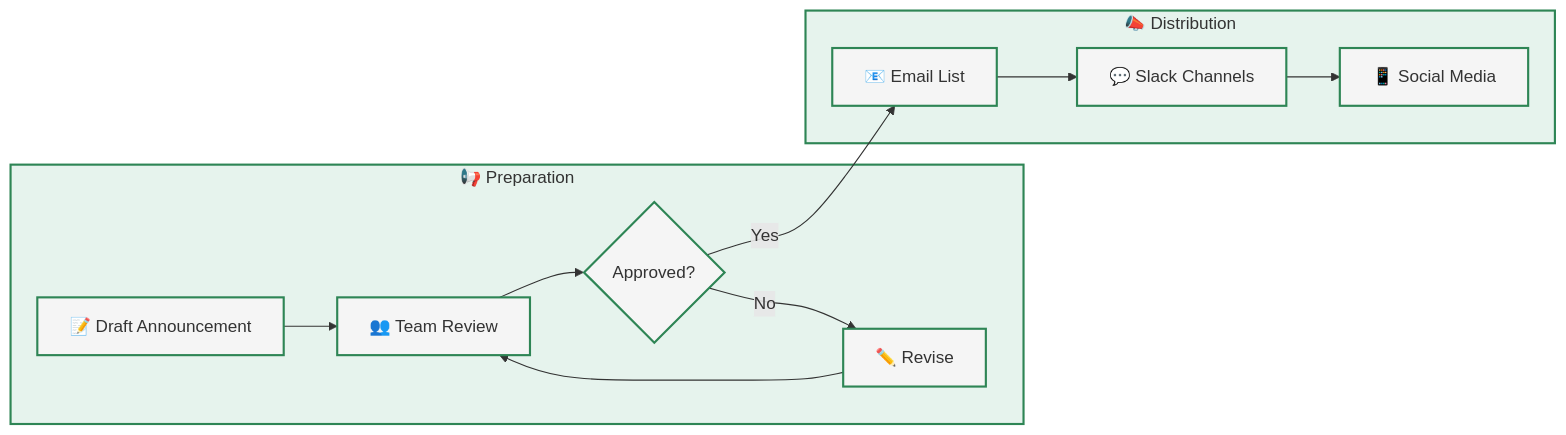
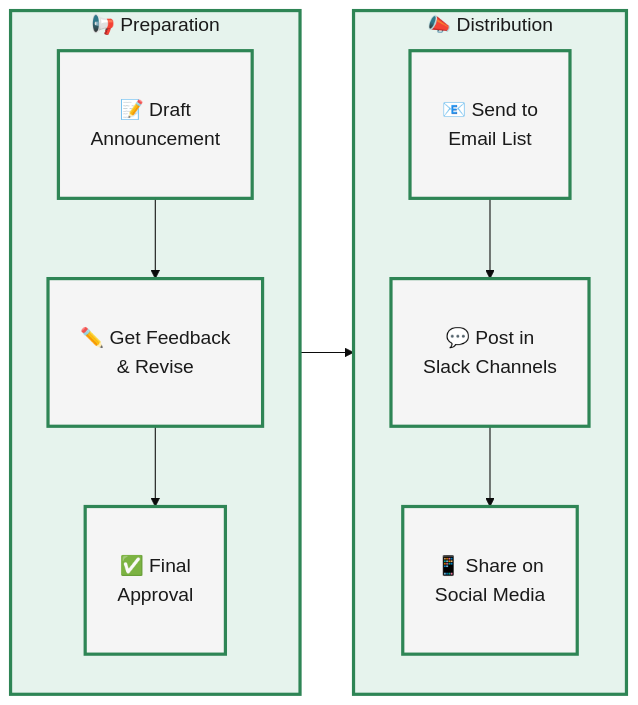
One commit to CBID2/VC-Community-Docs changed the third of 4 diagrams in docs/monthly-challenges/facilitators-docs/facilitate-a-challenge.md. Above: the diagram before and after it, drawn with Mermaid. The commit also changed other lines of this file and 2 other files, not shown here.

First line of the commit message:
docs: add enhanced Mermaid diagrams to documentation

````diff
--- a/docs/monthly-challenges/facilitators-docs/facilitate-a-challenge.md
+++ b/docs/monthly-challenges/facilitators-docs/facilitate-a-challenge.md
@@ -96,24 +108,29 @@
 ```mermaid
+%%{init: {'theme':'base', 'themeVariables': {'fontSize':'18px', 'fontFamily':'arial'}}}%%
 flowchart LR
   %% Left Column - Preparation
-  subgraph A[📢 Preparation]
-    A1[📝 Draft Announcement] --> A2[👥 Team Review]
-    A2 --> A3{Approved?}
-    A3 -- No --> A4[✏️ Revise]
-    A4 --> A2
+  subgraph A["📢 Preparation"]
+    direction TB
+    A1["📝 Draft<br/>Announcement"]
+    A2["✏️ Get Feedback<br/>& Revise"]
+    A3["✅ Final<br/>Approval"]
+    A1 --> A2 --> A3
   end
 
   %% Right Column - Distribution
-  subgraph B[📣 Distribution]
-    B1[📧 Email List] --> B2[💬 Slack Channels]
-    B2 --> B3[📱 Social Media]
+  subgraph B["📣 Distribution"]
+    direction TB
+    B1["📧 Send to<br/>Email List"]
+    B2["💬 Post in<br/>Slack Channels"]
+    B3["📱 Share on<br/>Social Media"]
+    B1 --> B2 --> B3
   end
 
   %% Flow between columns
-  A3 -- Yes --> B1
+  A3 --> B1
 
   %% Styling
-  classDef default fill:#f5f5f5,stroke:#2e8555,stroke-width:2px,color:#333;
-  classDef process fill:#e6f3ed,stroke:#2e8555,stroke-width:2px,color:#333;
+  classDef default fill:#f5f5f5,stroke:#2e8555,stroke-width:3px,color:#1a1a1a,padding:15px;
+  classDef process fill:#e6f3ed,stroke:#2e8555,stroke-width:3px,color:#1a1a1a;
   class A,B process;
 ```
````
